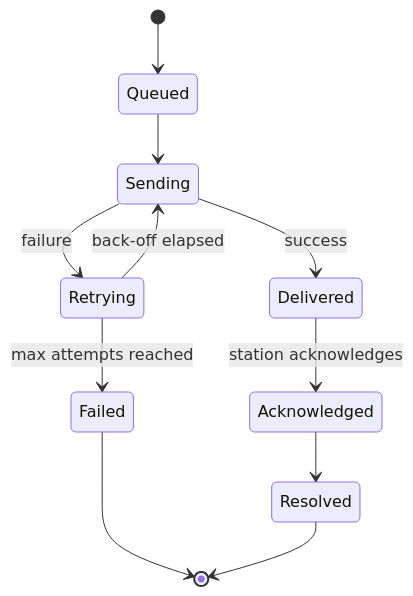
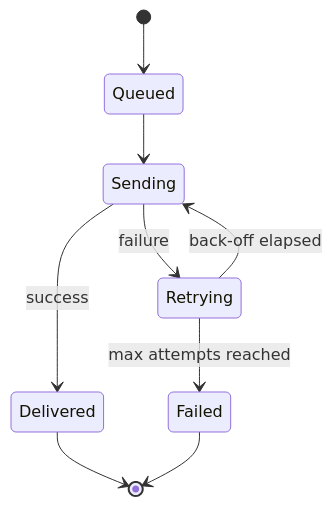
Before and after one commit to Vini07Dsouza/vehiGuard: the seventh of 9 diagrams in docs/architecture.md, drawn with Mermaid. The commit also changed other lines of this file and 6 other files, not shown here.

````diff
--- a/docs/architecture.md
+++ b/docs/architecture.md
@@ -272,13 +280,11 @@
 ```mermaid
 stateDiagram-v2
   [*] --> Queued
   Queued --> Sending
   Sending --> Delivered: success
   Sending --> Retrying: failure
   Retrying --> Sending: back-off elapsed
   Retrying --> Failed: max attempts reached
-  Delivered --> Acknowledged: station acknowledges
-  Acknowledged --> Resolved
+  Delivered --> [*]
   Failed --> [*]
-  Resolved --> [*]
 ```
````
